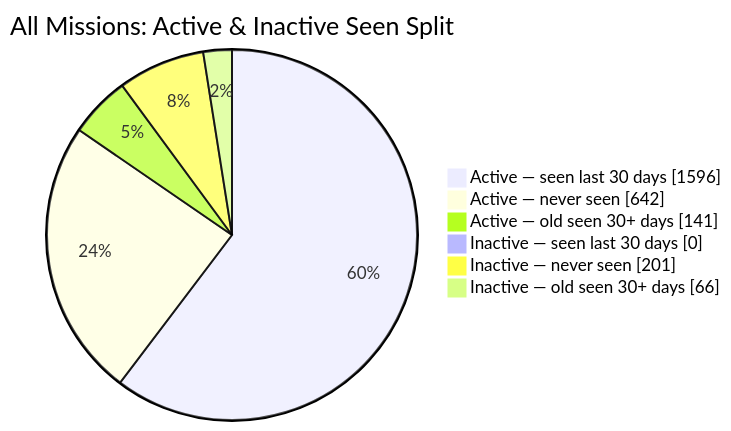
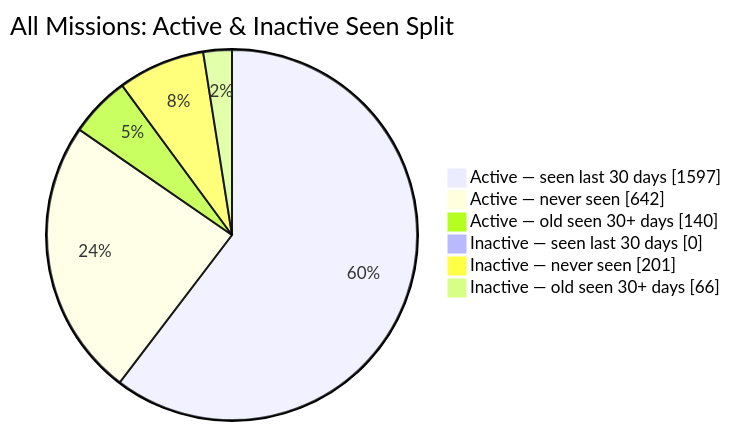
The second of 2 diagrams in README.md (MeldkamerspelGameTeam/active-missions), drawn with Mermaid before and after one commit. The commit also changed other lines of this file and 3 other files, not shown here.

````diff
--- a/README.md
+++ b/README.md
@@ -44,10 +44,10 @@
 ```mermaid
 pie showData
     title All Missions: Active & Inactive Seen Split
-    "Active — seen last 30 days" : 1596
+    "Active — seen last 30 days" : 1597
     "Active — never seen" : 642
-    "Active — old seen 30+ days" : 141
+    "Active — old seen 30+ days" : 140
     "Inactive — seen last 30 days" : 0
     "Inactive — never seen" : 201
     "Inactive — old seen 30+ days" : 66
 ```
````
